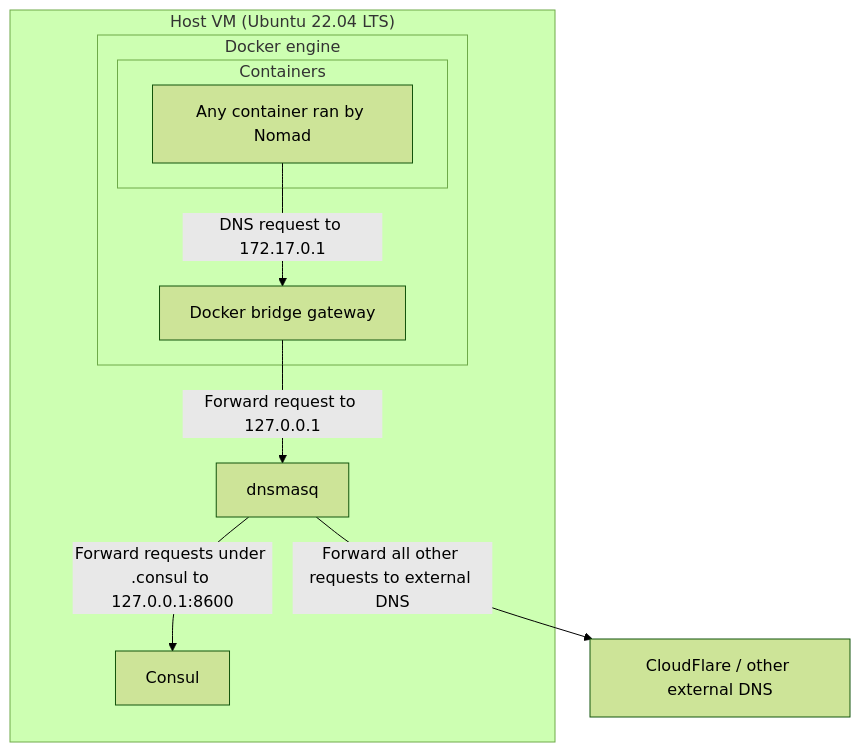
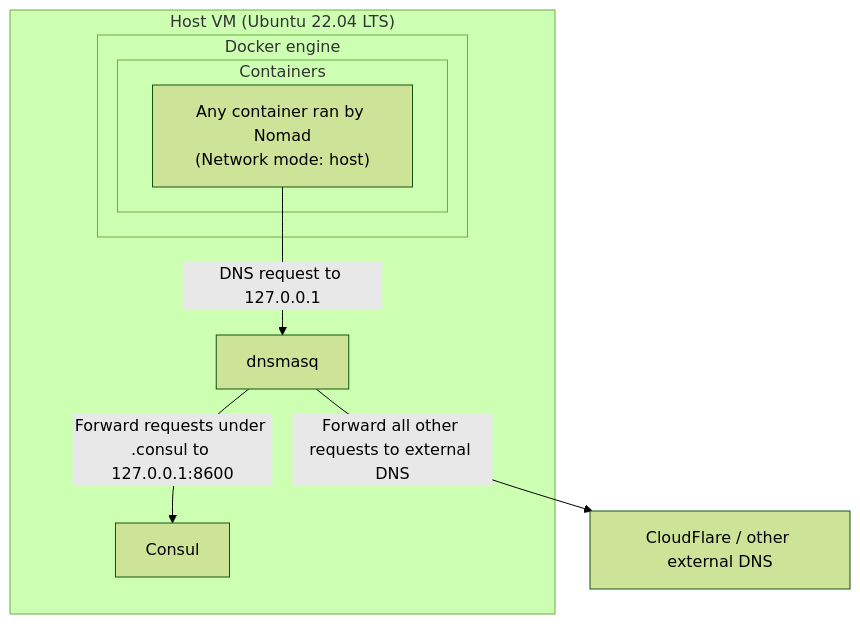
Before and after one commit to Antvirf/nomad-proto: the first of 2 diagrams in README.md, drawn with Mermaid (forest theme). The commit also changed 1 other file, not shown here.

Commit message:
refactor: move to `host` networking mode for docker contaienrs

````diff
--- a/README.md
+++ b/README.md
@@ -46,25 +46,21 @@
 ```mermaid
 flowchart TD
 cf["CloudFlare / other external DNS"]
 
 subgraph host["Host VM (Ubuntu 22.04 LTS)"]
 
 dnsmasq["dnsmasq"]
 consul["Consul"]
 
 subgraph docker["Docker engine"]
-
-    bridge["Docker bridge gateway"]
-
     subgraph containers["Containers"]
-        c["Any container ran by Nomad"]
+        c["Any container ran by Nomad\n(Network mode: host)"]
     end
 end
 
 %% Connections
-c --> |DNS request to 172.17.0.1|bridge
-bridge -->|Forward request to 127.0.0.1| dnsmasq
+c --> |DNS request to 127.0.0.1|dnsmasq
 dnsmasq --> |Forward requests under .consul to 127.0.0.1:8600|consul
 end
 dnsmasq --> |Forward all other requests to external DNS| cf
 ```
````
